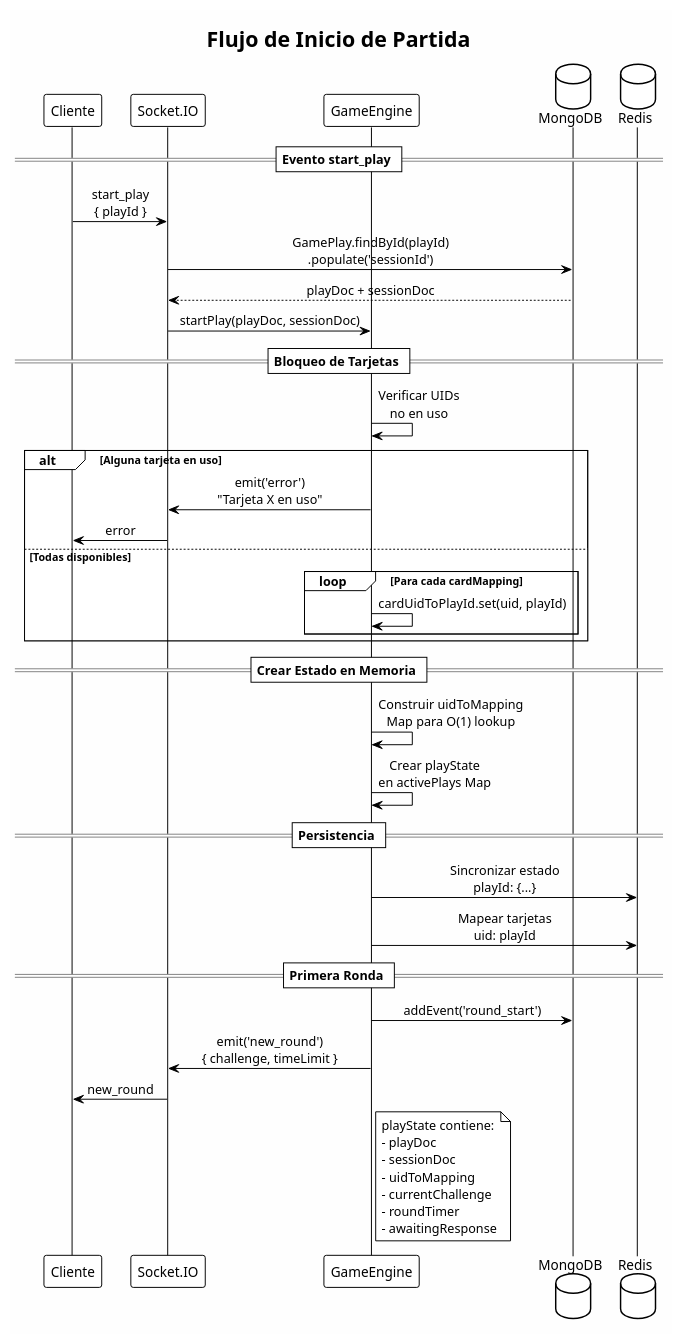
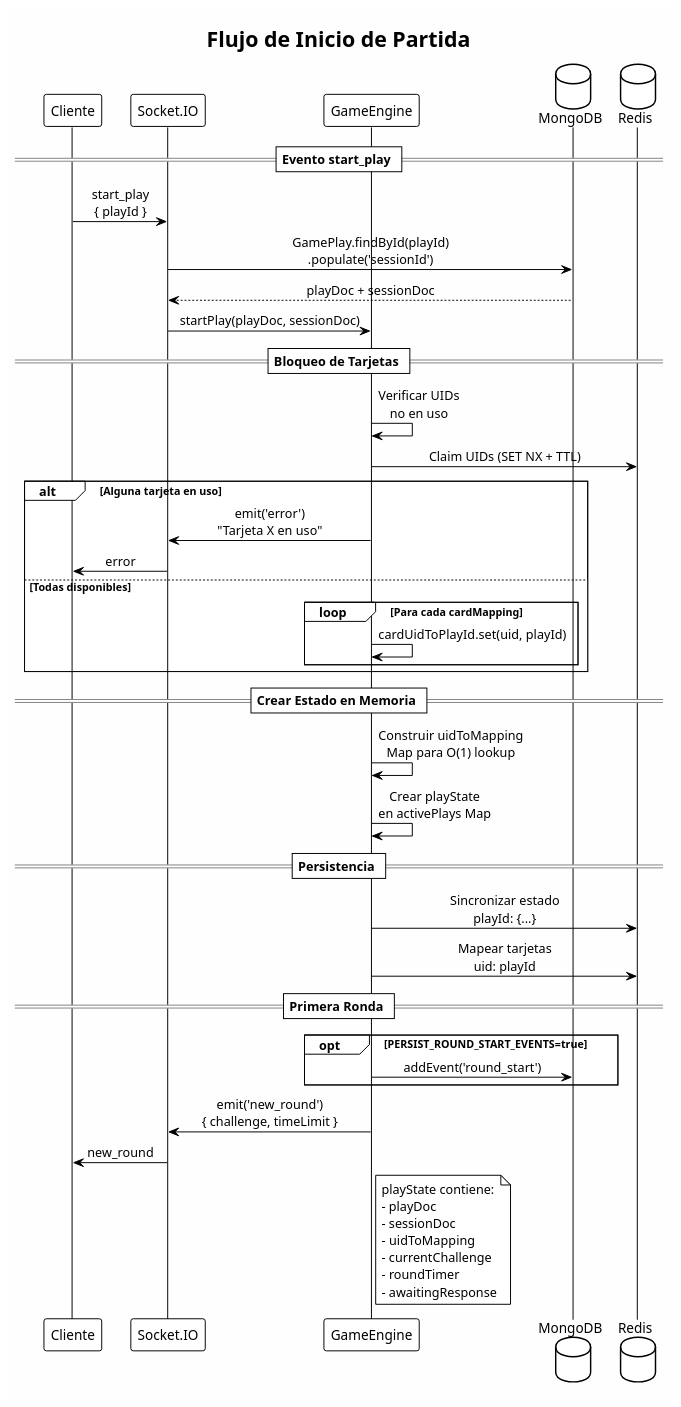
One commit to Samuel-Prog-CSec/TFG-IoT changed the diagram in backend/docs/diagrams/rfid_start_play_sequence.puml. Above: the diagram before and after it, drawn with PlantUML. The commit also changed 33 other files, not shown here.

```diff
--- a/backend/docs/diagrams/rfid_start_play_sequence.puml
+++ b/backend/docs/diagrams/rfid_start_play_sequence.puml
@@ -1,68 +1,71 @@
 @startuml RFID_Start_Play_Sequence
 
 !theme plain
 skinparam backgroundColor #FEFEFE
 skinparam sequenceMessageAlign center
 
 title Flujo de Inicio de Partida
 
 participant "Cliente" as Client
 participant "Socket.IO" as Socket
 participant "GameEngine" as Engine
 database "MongoDB" as DB
 database "Redis" as Redis
 
 == Evento start_play ==
 
 Client -> Socket : start_play\n{ playId }
 
 Socket -> DB : GamePlay.findById(playId)\n.populate('sessionId')
 
 DB --> Socket : playDoc + sessionDoc
 
 Socket -> Engine : startPlay(playDoc, sessionDoc)
 
 == Bloqueo de Tarjetas ==
 
 Engine -> Engine : Verificar UIDs\nno en uso
+Engine -> Redis : Claim UIDs (SET NX + TTL)
 
 alt Alguna tarjeta en uso
     Engine -> Socket : emit('error')\n"Tarjeta X en uso"
     Socket -> Client : error
 else Todas disponibles
     loop Para cada cardMapping
         Engine -> Engine : cardUidToPlayId.set(uid, playId)
     end
 end
 
 == Crear Estado en Memoria ==
 
 Engine -> Engine : Construir uidToMapping\nMap para O(1) lookup
 
 Engine -> Engine : Crear playState\nen activePlays Map
 
 == Persistencia ==
 
 Engine -> Redis : Sincronizar estado\nplayId: {...}
 
 Engine -> Redis : Mapear tarjetas\nuid: playId
 
 == Primera Ronda ==
 
-Engine -> DB : addEvent('round_start')
+opt PERSIST_ROUND_START_EVENTS=true
+    Engine -> DB : addEvent('round_start')
+end
 
 Engine -> Socket : emit('new_round')\n{ challenge, timeLimit }
 
 Socket -> Client : new_round
 
 note right of Engine
   playState contiene:
   - playDoc
   - sessionDoc
   - uidToMapping
   - currentChallenge
   - roundTimer
   - awaitingResponse
 end note
 
 @enduml
```
